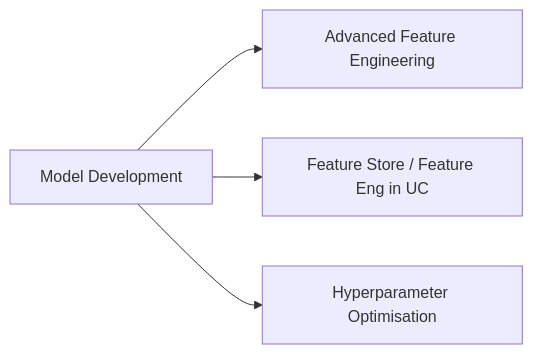
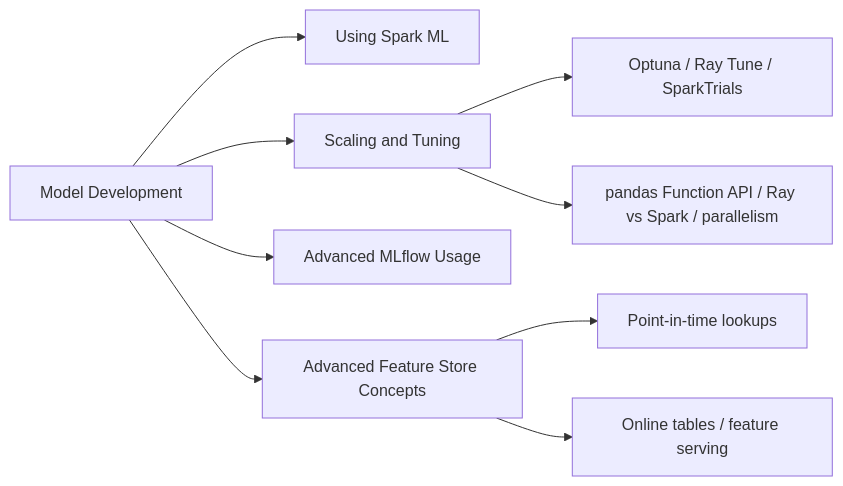
One commit to kengio/databricks-certification-study-guide changed the diagram in certifications/ml-professional/01-model-development/README.md. Above: the diagram before and after it, drawn with Mermaid. The commit also changed other lines of this file and 36 other files, not shown here.

````diff
--- a/certifications/ml-professional/01-model-development/README.md
+++ b/certifications/ml-professional/01-model-development/README.md
@@ -18,6 +19,11 @@
 ```mermaid
 flowchart LR
-    MD[Model Development] --> Adv[Advanced Feature Engineering]
-    MD --> FS[Feature Store / Feature Eng in UC]
-    MD --> Hyper[Hyperparameter Optimisation]
+    MD[Model Development] --> SML[Using Spark ML]
+    MD --> ST[Scaling and Tuning]
+    MD --> MLF[Advanced MLflow Usage]
+    MD --> FS[Advanced Feature Store Concepts]
+    ST --> Tune[Optuna / Ray Tune / SparkTrials]
+    ST --> Scale[pandas Function API / Ray vs Spark / parallelism]
+    FS --> PIT[Point-in-time lookups]
+    FS --> Online[Online tables / feature serving]
 ```
````
